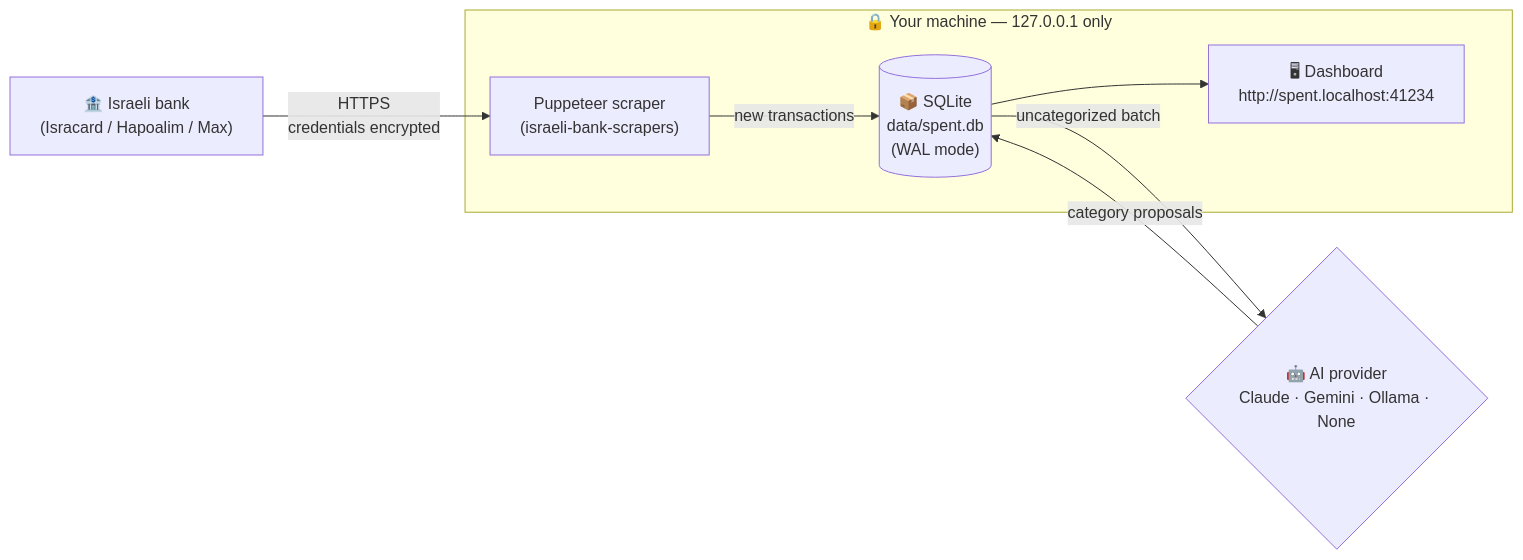
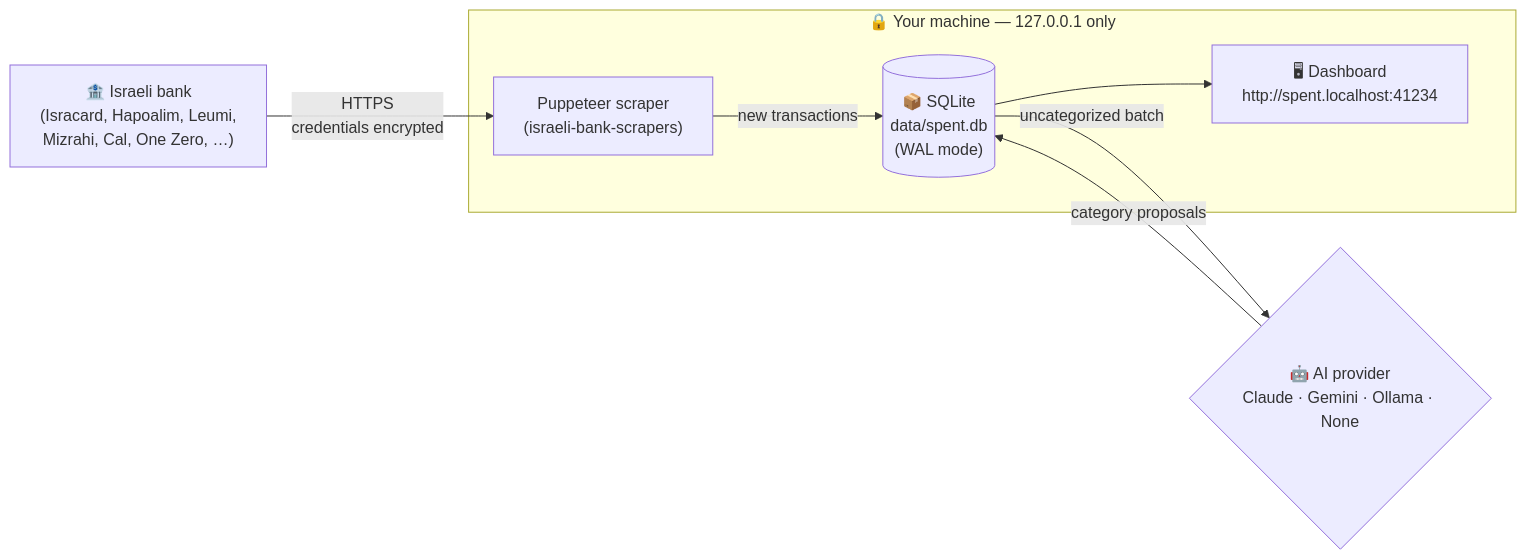
One commit to alon710/Spent changed the diagram in README.md. Above: the diagram before and after it, drawn with Mermaid. The commit also changed other lines of this file and 1 other file, not shown here.

````diff
--- a/README.md
+++ b/README.md
@@ -154,20 +157,20 @@
 ```mermaid
 flowchart LR
-    Bank["🏦 Israeli bank<br/>(Isracard / Hapoalim / Max)"]
+    Bank["🏦 Israeli bank<br/>(Isracard, Hapoalim, Leumi,<br/>Mizrahi, Cal, One Zero, …)"]
     Scraper["Puppeteer scraper<br/>(israeli-bank-scrapers)"]
     DB[("📦 SQLite<br/>data/spent.db<br/>(WAL mode)")]
     AI{"🤖 AI provider<br/>Claude · Gemini · Ollama · None"}
     UI["🖥 Dashboard<br/>http://spent.localhost:41234"]
 
     Bank -->|HTTPS<br/>credentials encrypted| Scraper
     Scraper -->|new transactions| DB
     DB -->|uncategorized batch| AI
     AI -->|category proposals| DB
     DB --> UI
 
     subgraph local["🔒 Your machine — 127.0.0.1 only"]
         Scraper
         DB
         UI
     end
 ```
````
